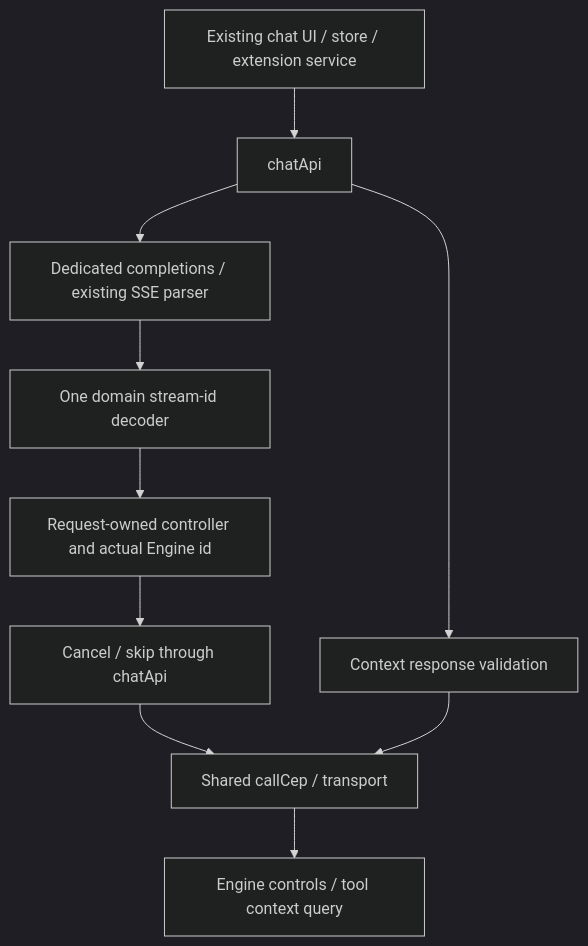
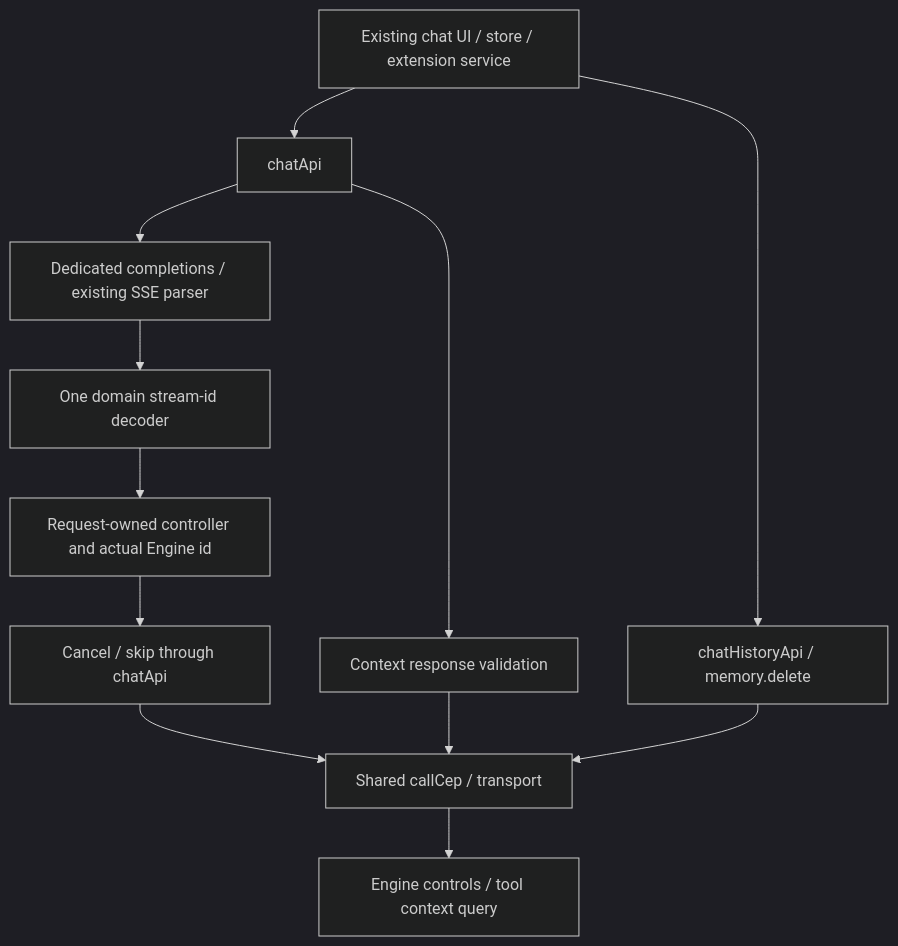
The diagram in src/api/engine/chat/README.md (cluaiz/cluaiz-app), drawn with Mermaid (dark theme) before and after one commit. The commit also changed other lines of this file and 16 other files, not shown here.

Commit message:
fix(app/history): await chat deletion and retention cleanup

````diff
--- a/src/api/engine/chat/README.md
+++ b/src/api/engine/chat/README.md
@@ -12,12 +13,14 @@
 ```mermaid
 flowchart TD
     UI["Existing chat UI / store / extension service"] --> A["chatApi"]
     A --> G["Dedicated completions / existing SSE parser"]
     G --> ID["One domain stream-id decoder"]
     ID --> O["Request-owned controller and actual Engine id"]
     O --> C["Cancel / skip through chatApi"]
     C --> P["Shared callCep / transport"]
     A --> T["Context response validation"]
     T --> P
     P --> E["Engine controls / tool context query"]
+    UI --> H["chatHistoryApi / memory.delete"]
+    H --> P
 ```
````
